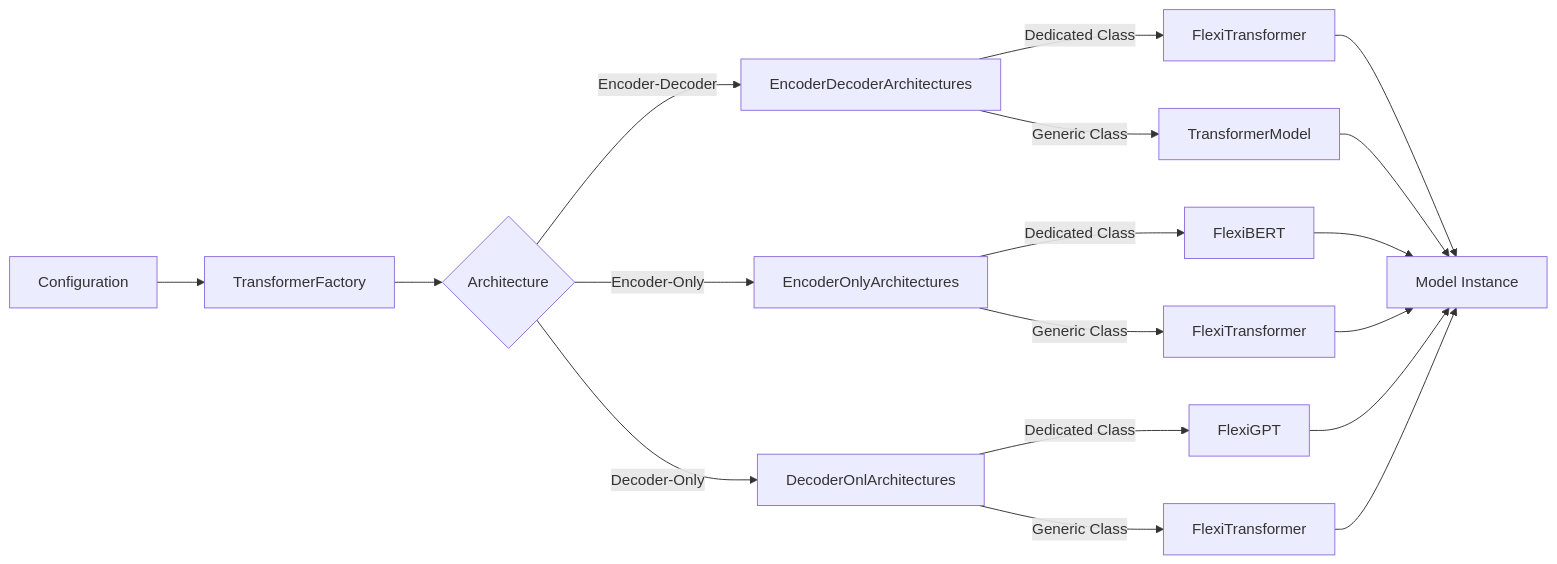
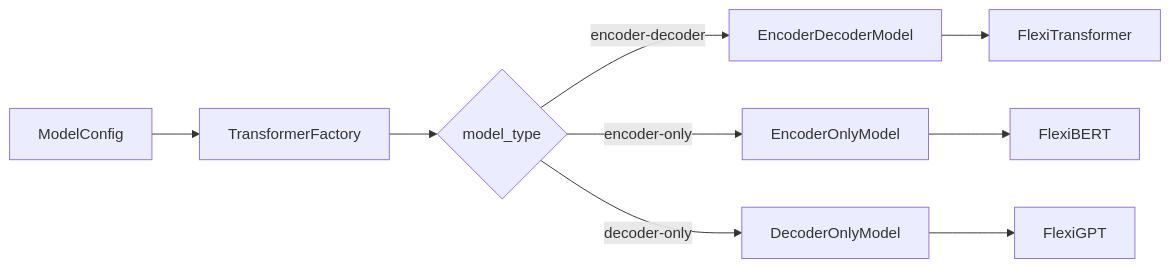
The second of 3 diagrams in docs/index.rst (A-Elshahawy/FlexiTransformers), drawn with Mermaid before and after one commit. The commit also changed other lines of this file and 4 other files, not shown here.

```diff
--- a/docs/index.rst
+++ b/docs/index.rst
@@ -113,20 +121,11 @@
 .. mermaid::
 
    flowchart LR
-    A[Configuration] --> B[TransformerFactory]
-    B --> C{Architecture}
-    C -->|Encoder-Decoder| D[EncoderDecoderArchitectures]
-    C -->|Encoder-Only| E[EncoderOnlyArchitectures]
-    C -->|Decoder-Only| F[DecoderOnlArchitectures]
-    D -->|Dedicated Class| G[FlexiTransformer]
-    D -->|Generic Class| H[TransformerModel]
-    E -->|Dedicated Class| I[FlexiBERT]
-    E -->|Generic Class| J[FlexiTransformer]
-    F -->|Dedicated Class| K[FlexiGPT]
-    F -->|Generic Class| L[FlexiTransformer]
-    G --> M[Model Instance]
-    H --> M
-    I --> M
-    J --> M
-    K --> M
-    L --> M
+       A[ModelConfig] --> B[TransformerFactory]
+       B --> C{model_type}
+       C -->|encoder-decoder| D[EncoderDecoderModel]
+       C -->|encoder-only| E[EncoderOnlyModel]
+       C -->|decoder-only| F[DecoderOnlyModel]
+       D --> G[FlexiTransformer]
+       E --> H[FlexiBERT]
+       F --> I[FlexiGPT]
```
